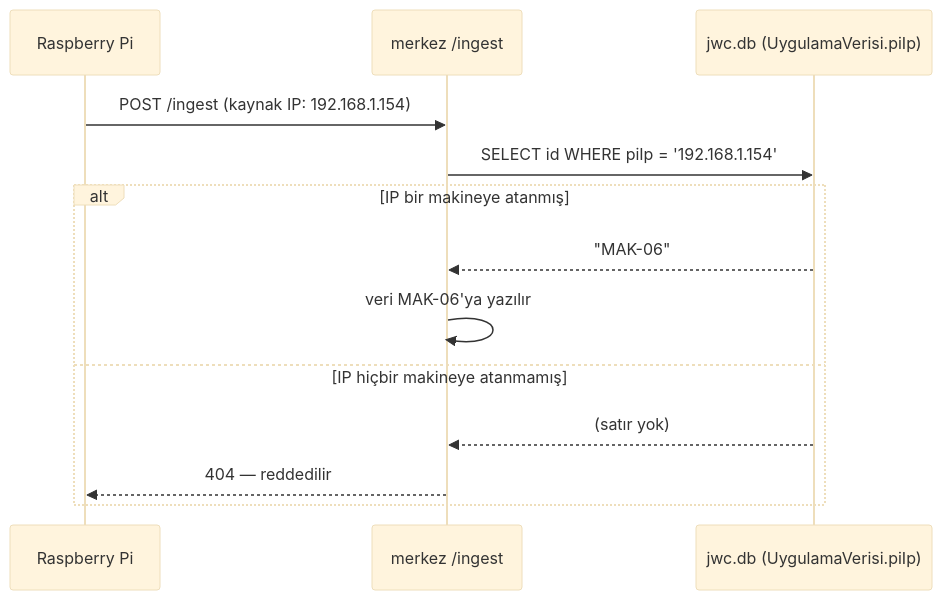
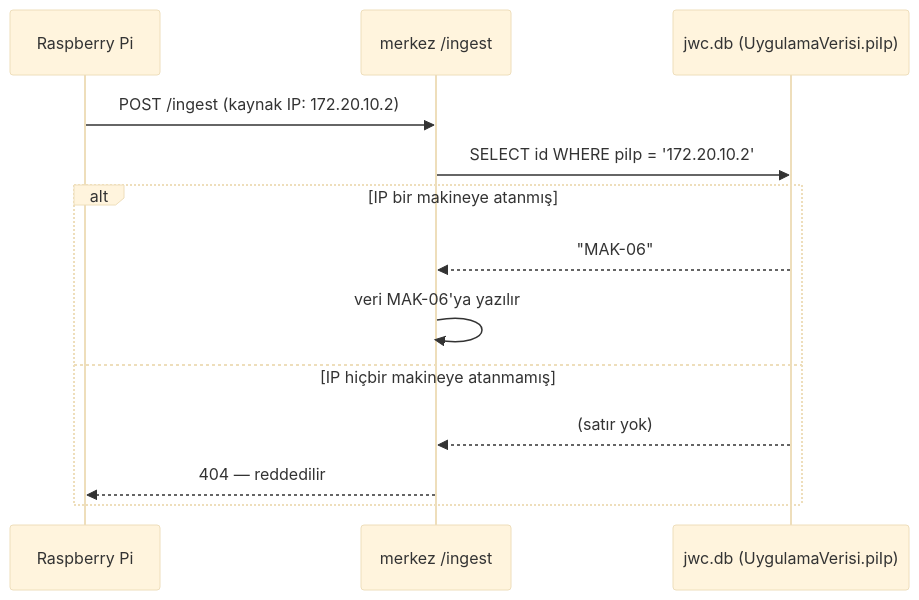
One commit to ata-dmrl/C-OBServer changed the second of 2 diagrams in KURULUM.md. Above: the diagram before and after it, drawn with Mermaid (base theme). The commit also changed 3 other files, not shown here.

````diff
--- a/KURULUM.md
+++ b/KURULUM.md
@@ -158,16 +158,16 @@
 ```mermaid
 sequenceDiagram
     participant Pi as Raspberry Pi
     participant M as merkez /ingest
     participant DB as jwc.db (UygulamaVerisi.piIp)
 
-    Pi->>M: POST /ingest (kaynak IP: 192.168.1.154)
-    M->>DB: SELECT id WHERE piIp = '192.168.1.154'
+    Pi->>M: POST /ingest (kaynak IP: 172.20.10.2)
+    M->>DB: SELECT id WHERE piIp = '172.20.10.2'
     alt IP bir makineye atanmış
         DB-->>M: "MAK-06"
         M->>M: veri MAK-06'ya yazılır
     else IP hiçbir makineye atanmamış
         DB-->>M: (satır yok)
         M-->>Pi: 404 — reddedilir
     end
 ```
````
